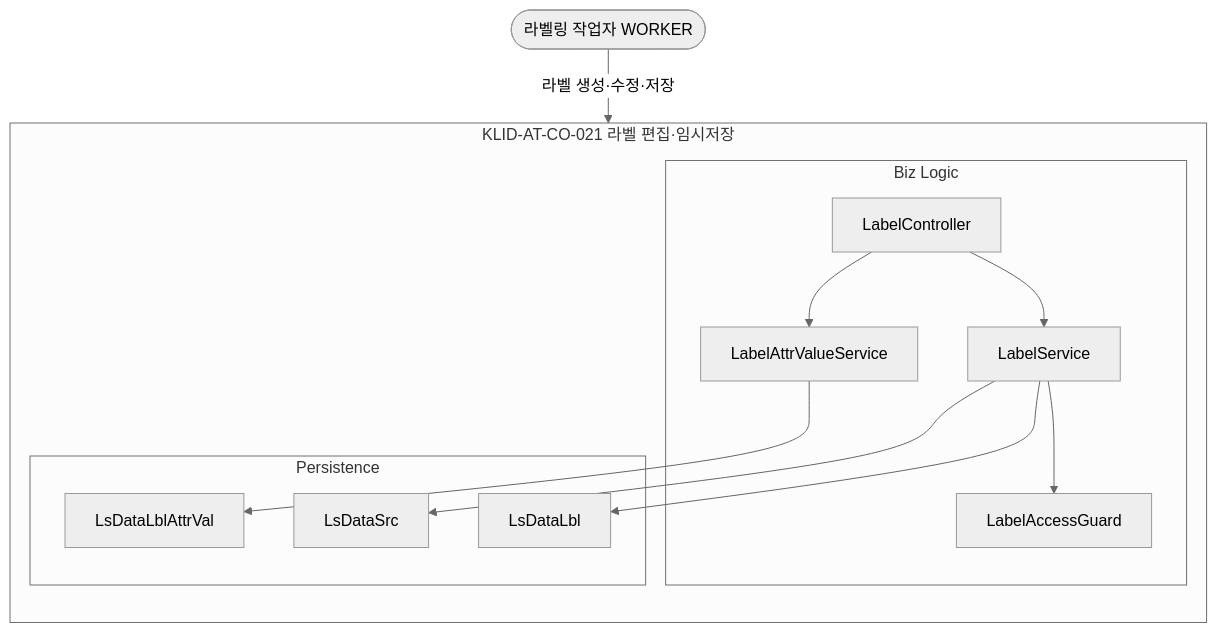
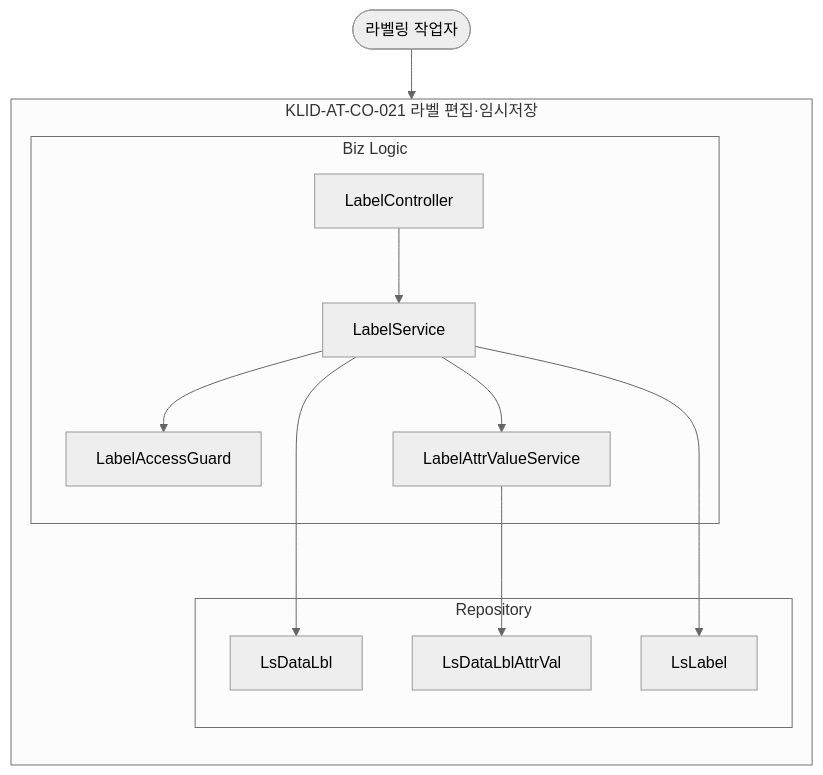
Before and after one commit to New-stella/klid-label: diagram 16 of 18 in docs/design/D3-컴포넌트설계서.md, drawn with Mermaid (neutral theme). The commit also changed other lines of this file and 7 other files, not shown here.

````diff
--- a/docs/design/D3-컴포넌트설계서.md
+++ b/docs/design/D3-컴포넌트설계서.md
@@ -512,25 +499,25 @@
 ```mermaid
 flowchart TD
-    WORKER([라벨링 작업자 WORKER])
+    WORKER([라벨링 작업자])
     subgraph CO021[KLID-AT-CO-021 라벨 편집·임시저장]
         direction TB
         subgraph BIZ21[Biz Logic]
-            LC[LabelController]
-            LS[LabelService]
-            LAG[LabelAccessGuard]
-            LAVS[LabelAttrValueService]
+            LC21[LabelController]
+            LS21[LabelService]
+            LAG21[LabelAccessGuard]
+            LAV[LabelAttrValueService]
         end
-        subgraph PER21[Persistence]
-            LDL[LsDataLbl]
-            LDLAV[LsDataLblAttrVal]
-            LDS[LsDataSrc]
+        subgraph REP21[Repository]
+            LBL21[LsDataLbl]
+            ATV[LsDataLblAttrVal]
+            LBM[LsLabel]
         end
-        LC --> LS
-        LC --> LAVS
-        LS --> LAG
-        LS --> LDL
-        LS --> LDS
-        LAVS --> LDLAV
+        LC21 --> LS21
+        LS21 --> LAG21
+        LS21 --> LAV
+        LS21 --> LBL21
+        LAV --> ATV
+        LS21 --> LBM
     end
-    WORKER -->|라벨 생성·수정·저장| LC
+    WORKER --> LC21
 ```
````
